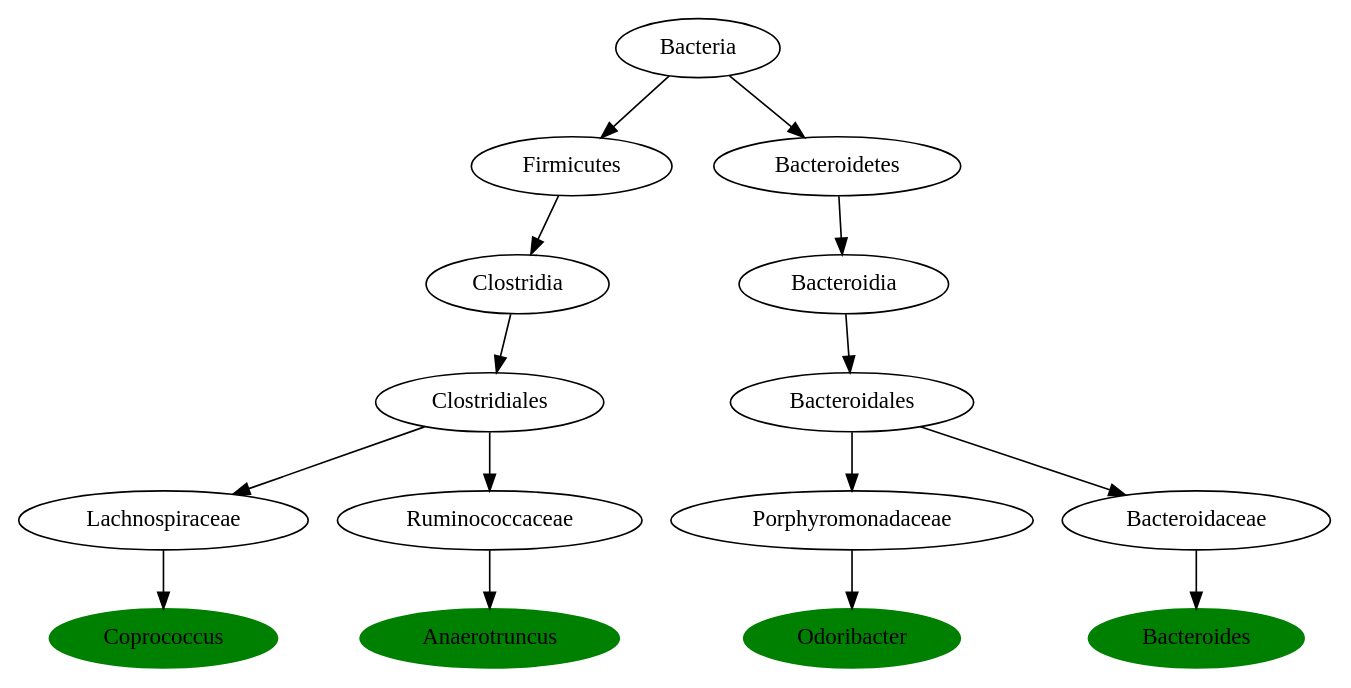
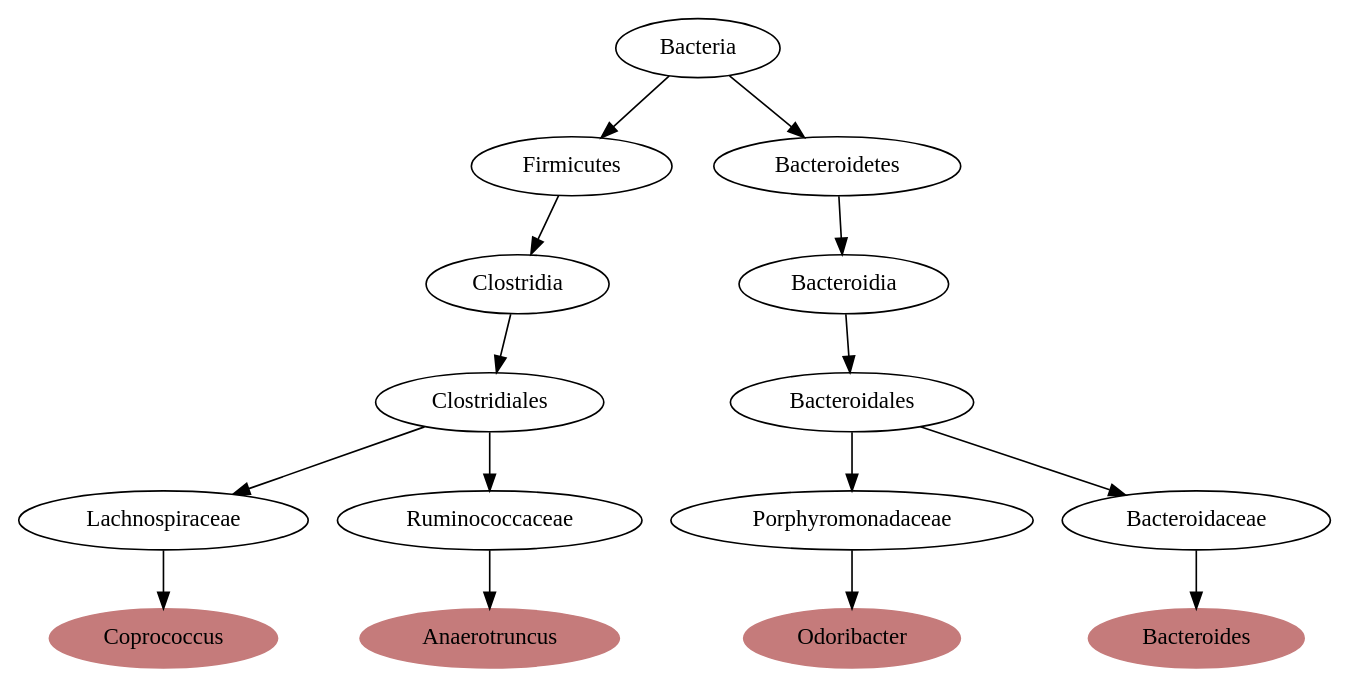
One commit to AndersHqst/thesis changed the diagram in experiments/2b/phylogenetic-tree/dotfiles/4.dot. Above: the diagram before and after it, drawn with Graphviz. The commit also changed 77 other files, not shown here.

Commit message:
Added plotting code for summary graphs

```diff
--- a/experiments/2b/phylogenetic-tree/dotfiles/4.dot
+++ b/experiments/2b/phylogenetic-tree/dotfiles/4.dot
@@ -1,49 +1,49 @@
 digraph G { 
-	LachnospiraceaeCoprococcus [label="Coprococcus", color="green", style=filled];
+	LachnospiraceaeCoprococcus [label="Coprococcus", color="#C57B7B", style=filled];
 	ClostridialesLachnospiraceae [label="Lachnospiraceae"];
 	LachnospiraceaeCoprococcus [label="Coprococcus"];
 	ClostridialesLachnospiraceae -> LachnospiraceaeCoprococcus;
 	ClostridiaClostridiales [label="Clostridiales"];
 	ClostridialesLachnospiraceae [label="Lachnospiraceae"];
 	ClostridiaClostridiales -> ClostridialesLachnospiraceae;
 	FirmicutesClostridia [label="Clostridia"];
 	ClostridiaClostridiales [label="Clostridiales"];
 	FirmicutesClostridia -> ClostridiaClostridiales;
 	BacteriaFirmicutes [label="Firmicutes"];
 	FirmicutesClostridia [label="Clostridia"];
 	BacteriaFirmicutes -> FirmicutesClostridia;
 	Bacteria [label="Bacteria"];
 	BacteriaFirmicutes [label="Firmicutes"];
 	Bacteria -> BacteriaFirmicutes;
-	RuminococcaceaeAnaerotruncus [label="Anaerotruncus", color="green", style=filled];
+	RuminococcaceaeAnaerotruncus [label="Anaerotruncus", color="#C57B7B", style=filled];
 	ClostridialesRuminococcaceae [label="Ruminococcaceae"];
 	RuminococcaceaeAnaerotruncus [label="Anaerotruncus"];
 	ClostridialesRuminococcaceae -> RuminococcaceaeAnaerotruncus;
 	ClostridiaClostridiales [label="Clostridiales"];
 	ClostridialesRuminococcaceae [label="Ruminococcaceae"];
 	ClostridiaClostridiales -> ClostridialesRuminococcaceae;
-	PorphyromonadaceaeOdoribacter [label="Odoribacter", color="green", style=filled];
+	PorphyromonadaceaeOdoribacter [label="Odoribacter", color="#C57B7B", style=filled];
 	BacteroidalesPorphyromonadaceae [label="Porphyromonadaceae"];
 	PorphyromonadaceaeOdoribacter [label="Odoribacter"];
 	BacteroidalesPorphyromonadaceae -> PorphyromonadaceaeOdoribacter;
 	BacteroidiaBacteroidales [label="Bacteroidales"];
 	BacteroidalesPorphyromonadaceae [label="Porphyromonadaceae"];
 	BacteroidiaBacteroidales -> BacteroidalesPorphyromonadaceae;
 	BacteroidetesBacteroidia [label="Bacteroidia"];
 	BacteroidiaBacteroidales [label="Bacteroidales"];
 	BacteroidetesBacteroidia -> BacteroidiaBacteroidales;
 	BacteriaBacteroidetes [label="Bacteroidetes"];
 	BacteroidetesBacteroidia [label="Bacteroidia"];
 	BacteriaBacteroidetes -> BacteroidetesBacteroidia;
 	Bacteria [label="Bacteria"];
 	BacteriaBacteroidetes [label="Bacteroidetes"];
 	Bacteria -> BacteriaBacteroidetes;
-	BacteroidaceaeBacteroides [label="Bacteroides", color="green", style=filled];
+	BacteroidaceaeBacteroides [label="Bacteroides", color="#C57B7B", style=filled];
 	BacteroidalesBacteroidaceae [label="Bacteroidaceae"];
 	BacteroidaceaeBacteroides [label="Bacteroides"];
 	BacteroidalesBacteroidaceae -> BacteroidaceaeBacteroides;
 	BacteroidiaBacteroidales [label="Bacteroidales"];
 	BacteroidalesBacteroidaceae [label="Bacteroidaceae"];
 	BacteroidiaBacteroidales -> BacteroidalesBacteroidaceae;
 
  }
```
